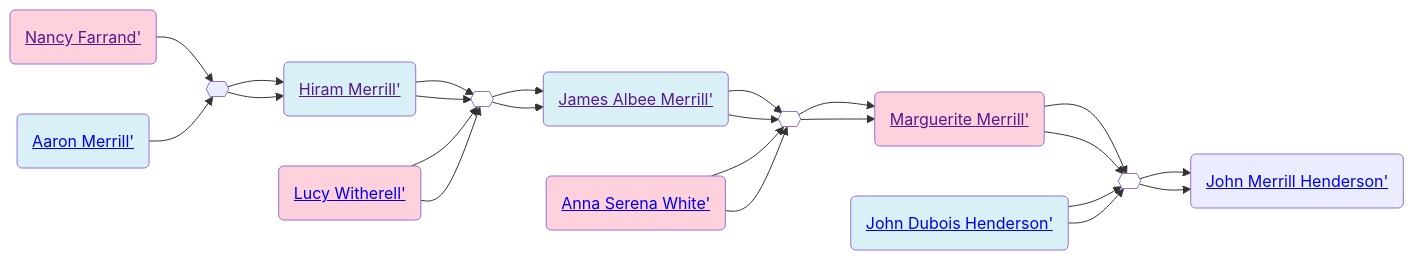
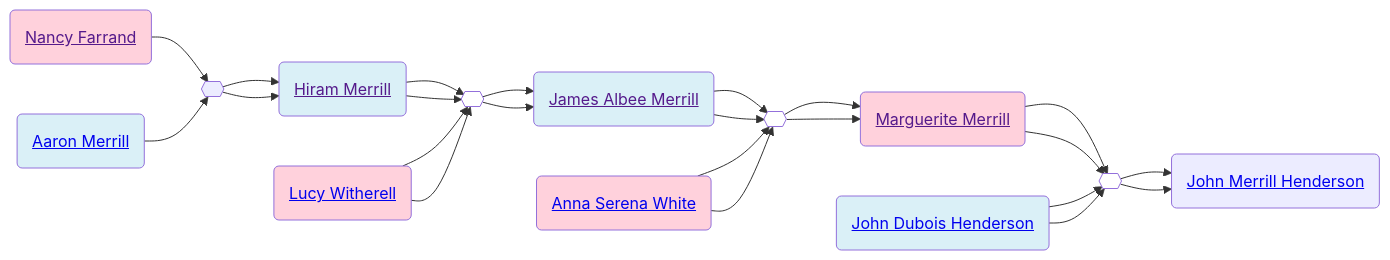
The second of 2 diagrams in familyhistory/sources/people/Merrill-line/Nancy_Farrand.qmd (neelsmith/avocational), drawn with Mermaid before and after one commit. The commit also changed other lines of this file and 96 other files, not shown here.

````diff
--- a/familyhistory/sources/people/Merrill-line/Nancy_Farrand.qmd
+++ b/familyhistory/sources/people/Merrill-line/Nancy_Farrand.qmd
@@ -45,53 +45,53 @@
 ```{mermaid}
 graph LR
 %% LR descendant diagram
 class Nancy_Farrand_and_Aaron_Merrill marriage
-Nancy_Farrand(<a href=''>Nancy Farrand'</>) --> Nancy_Farrand_and_Aaron_Merrill{{ }}
-Aaron_Merrill(<a href='./Aaron_Merrill.html'>Aaron Merrill'</>) --> Nancy_Farrand_and_Aaron_Merrill{{ }}
+Nancy_Farrand(<a href=''>Nancy Farrand</a>) --> Nancy_Farrand_and_Aaron_Merrill{{ }}
+Aaron_Merrill(<a href='./Aaron_Merrill.html'>Aaron Merrill</a>) --> Nancy_Farrand_and_Aaron_Merrill{{ }}
 class Aaron_Merrill father
 class Nancy_Farrand mother
-Nancy_Farrand_and_Aaron_Merrill{{ }} --> Hiram_Merrill(<a href='./Hiram_Merrill.html'>Hiram Merrill'</>)
+Nancy_Farrand_and_Aaron_Merrill{{ }} --> Hiram_Merrill(<a href='./Hiram_Merrill.html'>Hiram Merrill</a>)
 class Hiram_Merrill_and_Lucy_Witherell marriage
-Hiram_Merrill(<a href=''>Hiram Merrill'</>) --> Hiram_Merrill_and_Lucy_Witherell{{ }}
-Lucy_Witherell(<a href='./Lucy_Witherell.html'>Lucy Witherell'</>) --> Hiram_Merrill_and_Lucy_Witherell{{ }}
+Hiram_Merrill(<a href=''>Hiram Merrill</a>) --> Hiram_Merrill_and_Lucy_Witherell{{ }}
+Lucy_Witherell(<a href='./Lucy_Witherell.html'>Lucy Witherell</a>) --> Hiram_Merrill_and_Lucy_Witherell{{ }}
 class Hiram_Merrill father
 class Lucy_Witherell mother
-Hiram_Merrill_and_Lucy_Witherell{{ }} --> James_Albee_Merrill(<a href='./James_Albee_Merrill.html'>James Albee Merrill'</>)
+Hiram_Merrill_and_Lucy_Witherell{{ }} --> James_Albee_Merrill(<a href='./James_Albee_Merrill.html'>James Albee Merrill</a>)
 class James_Albee_Merrill_and_Anna_Serena_White marriage
-James_Albee_Merrill(<a href=''>James Albee Merrill'</>) --> James_Albee_Merrill_and_Anna_Serena_White{{ }}
-Anna_Serena_White(<a href='./White-line/Anna_Serena_White.html'>Anna Serena White'</>) --> James_Albee_Merrill_and_Anna_Serena_White{{ }}
+James_Albee_Merrill(<a href=''>James Albee Merrill</a>) --> James_Albee_Merrill_and_Anna_Serena_White{{ }}
+Anna_Serena_White(<a href='./White-line/Anna_Serena_White.html'>Anna Serena White</a>) --> James_Albee_Merrill_and_Anna_Serena_White{{ }}
 class James_Albee_Merrill father
 class Anna_Serena_White mother
-James_Albee_Merrill_and_Anna_Serena_White{{ }} --> Marguerite_Merrill(<a href='./Marguerite_Merrill.html'>Marguerite Merrill'</>)
+James_Albee_Merrill_and_Anna_Serena_White{{ }} --> Marguerite_Merrill(<a href='./Marguerite_Merrill.html'>Marguerite Merrill</a>)
 class Marguerite_Merrill_and_John_Dubois_Henderson marriage
-Marguerite_Merrill(<a href=''>Marguerite Merrill'</>) --> Marguerite_Merrill_and_John_Dubois_Henderson{{ }}
-John_Dubois_Henderson(<a href='./../Henderson-line/John_Dubois_Henderson.html'>John Dubois Henderson'</>) --> Marguerite_Merrill_and_John_Dubois_Henderson{{ }}
+Marguerite_Merrill(<a href=''>Marguerite Merrill</a>) --> Marguerite_Merrill_and_John_Dubois_Henderson{{ }}
+John_Dubois_Henderson(<a href='./../Henderson-line/John_Dubois_Henderson.html'>John Dubois Henderson</a>) --> Marguerite_Merrill_and_John_Dubois_Henderson{{ }}
 class John_Dubois_Henderson father
 class Marguerite_Merrill mother
-Marguerite_Merrill_and_John_Dubois_Henderson{{ }} --> John_Merrill_Henderson(<a href='./../Henderson-line/John_Merrill_Henderson.html'>John Merrill Henderson'</>)
+Marguerite_Merrill_and_John_Dubois_Henderson{{ }} --> John_Merrill_Henderson(<a href='./../Henderson-line/John_Merrill_Henderson.html'>John Merrill Henderson</a>)
 class Aaron_Merrill father
 class Nancy_Farrand mother
-Nancy_Farrand_and_Aaron_Merrill{{ }} --> Hiram_Merrill(<a href='./Hiram_Merrill.html'>Hiram Merrill'</>)
+Nancy_Farrand_and_Aaron_Merrill{{ }} --> Hiram_Merrill(<a href='./Hiram_Merrill.html'>Hiram Merrill</a>)
 class Hiram_Merrill_and_Lucy_Witherell marriage
-Hiram_Merrill(<a href=''>Hiram Merrill'</>) --> Hiram_Merrill_and_Lucy_Witherell{{ }}
-Lucy_Witherell(<a href='./Lucy_Witherell.html'>Lucy Witherell'</>) --> Hiram_Merrill_and_Lucy_Witherell{{ }}
+Hiram_Merrill(<a href=''>Hiram Merrill</a>) --> Hiram_Merrill_and_Lucy_Witherell{{ }}
+Lucy_Witherell(<a href='./Lucy_Witherell.html'>Lucy Witherell</a>) --> Hiram_Merrill_and_Lucy_Witherell{{ }}
 class Hiram_Merrill father
 class Lucy_Witherell mother
-Hiram_Merrill_and_Lucy_Witherell{{ }} --> James_Albee_Merrill(<a href='./James_Albee_Merrill.html'>James Albee Merrill'</>)
+Hiram_Merrill_and_Lucy_Witherell{{ }} --> James_Albee_Merrill(<a href='./James_Albee_Merrill.html'>James Albee Merrill</a>)
 class James_Albee_Merrill_and_Anna_Serena_White marriage
-James_Albee_Merrill(<a href=''>James Albee Merrill'</>) --> James_Albee_Merrill_and_Anna_Serena_White{{ }}
-Anna_Serena_White(<a href='./White-line/Anna_Serena_White.html'>Anna Serena White'</>) --> James_Albee_Merrill_and_Anna_Serena_White{{ }}
+James_Albee_Merrill(<a href=''>James Albee Merrill</a>) --> James_Albee_Merrill_and_Anna_Serena_White{{ }}
+Anna_Serena_White(<a href='./White-line/Anna_Serena_White.html'>Anna Serena White</a>) --> James_Albee_Merrill_and_Anna_Serena_White{{ }}
 class James_Albee_Merrill father
 class Anna_Serena_White mother
-James_Albee_Merrill_and_Anna_Serena_White{{ }} --> Marguerite_Merrill(<a href='./Marguerite_Merrill.html'>Marguerite Merrill'</>)
+James_Albee_Merrill_and_Anna_Serena_White{{ }} --> Marguerite_Merrill(<a href='./Marguerite_Merrill.html'>Marguerite Merrill</a>)
 class Marguerite_Merrill_and_John_Dubois_Henderson marriage
-Marguerite_Merrill(<a href=''>Marguerite Merrill'</>) --> Marguerite_Merrill_and_John_Dubois_Henderson{{ }}
-John_Dubois_Henderson(<a href='./../Henderson-line/John_Dubois_Henderson.html'>John Dubois Henderson'</>) --> Marguerite_Merrill_and_John_Dubois_Henderson{{ }}
+Marguerite_Merrill(<a href=''>Marguerite Merrill</a>) --> Marguerite_Merrill_and_John_Dubois_Henderson{{ }}
+John_Dubois_Henderson(<a href='./../Henderson-line/John_Dubois_Henderson.html'>John Dubois Henderson</a>) --> Marguerite_Merrill_and_John_Dubois_Henderson{{ }}
 class John_Dubois_Henderson father
 class Marguerite_Merrill mother
-Marguerite_Merrill_and_John_Dubois_Henderson{{ }} --> John_Merrill_Henderson(<a href='./../Henderson-line/John_Merrill_Henderson.html'>John Merrill Henderson'</>)
+Marguerite_Merrill_and_John_Dubois_Henderson{{ }} --> John_Merrill_Henderson(<a href='./../Henderson-line/John_Merrill_Henderson.html'>John Merrill Henderson</a>)
 classDef mother fill:#ffd1dc
 classDef father fill:#daf0f7  
 classDef marriage fill:#ffffff
 
 ```
````
